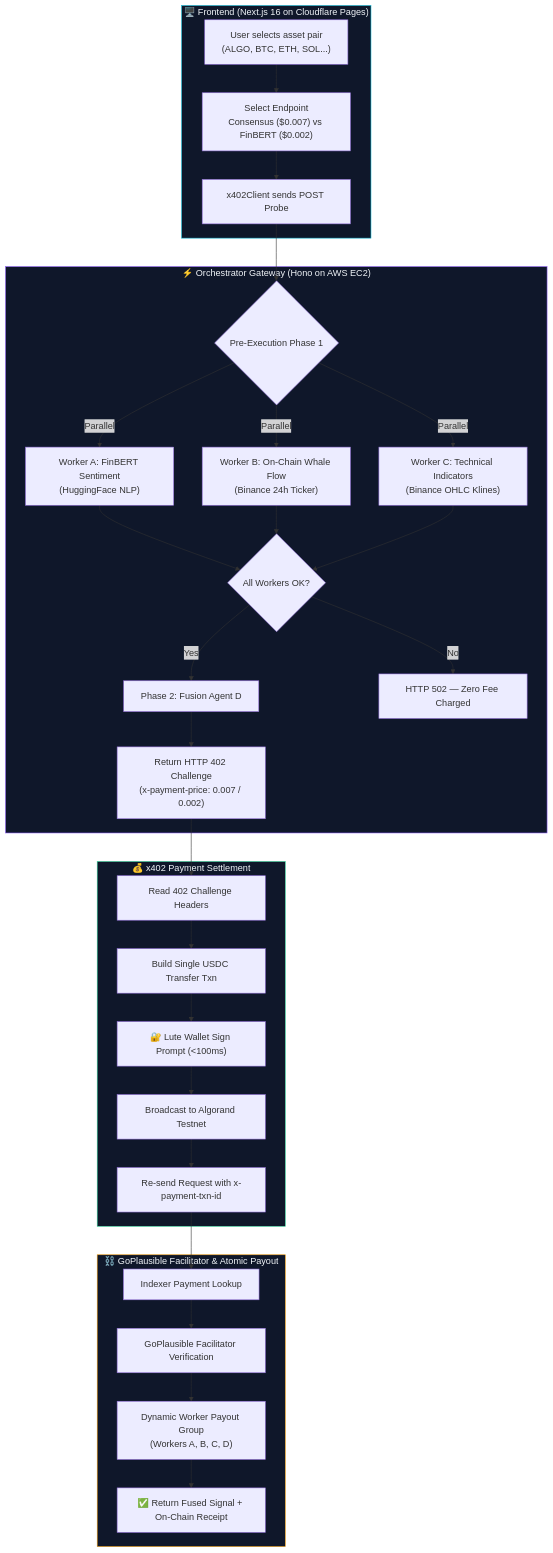
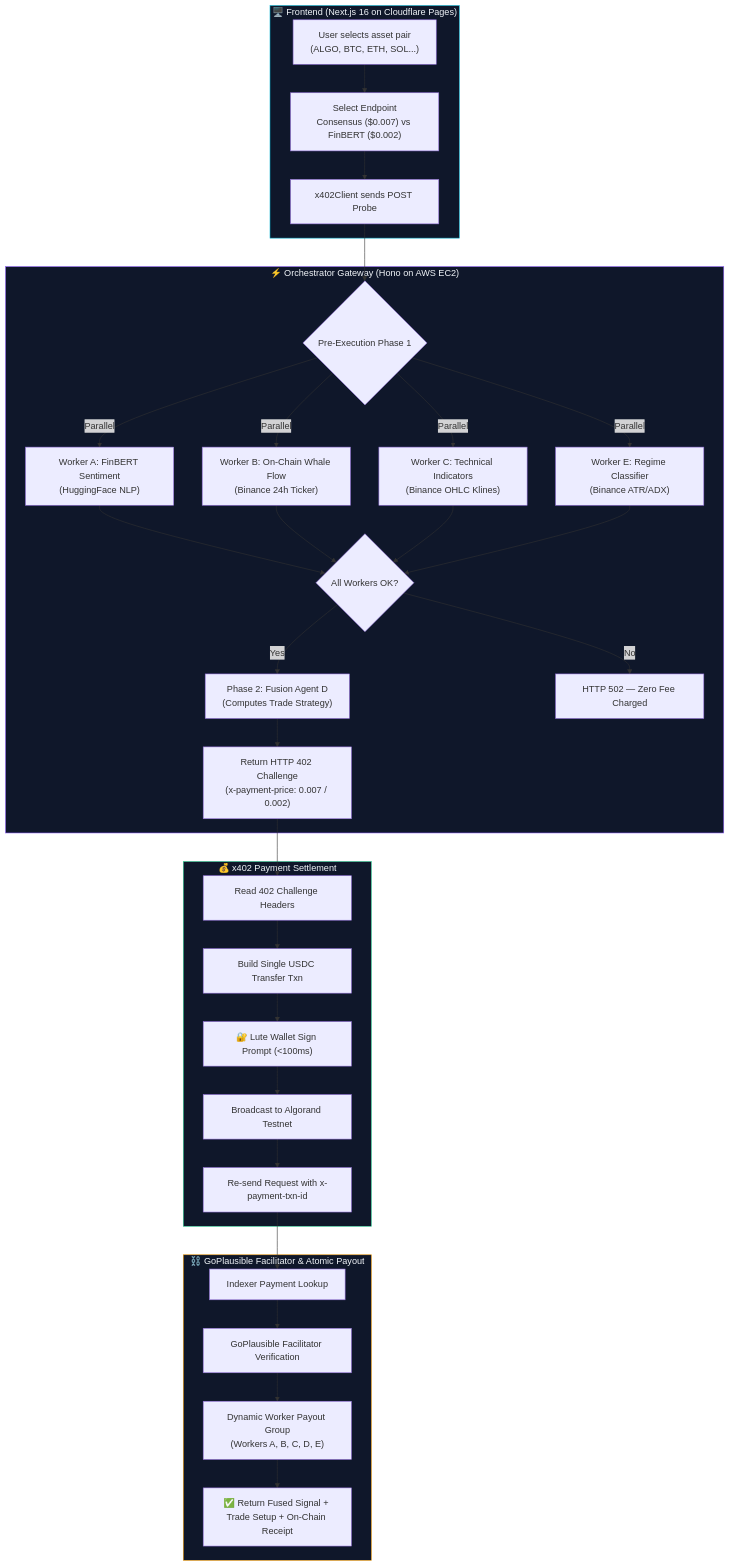
The diagram in README.md (dhanrajgupta2736/quantmesh-x402), drawn with Mermaid before and after one commit. The commit also changed other lines of this file and 1 other file, not shown here.

Commit message:
docs: Update README for 5-agent swarm and trade strategy

````diff
--- a/README.md
+++ b/README.md
@@ -87,40 +89,42 @@
 ```mermaid
 flowchart TD
     subgraph CLIENT["🖥️ Frontend (Next.js 16 on Cloudflare Pages)"]
         A["User selects asset pair<br/>(ALGO, BTC, ETH, SOL...)"] --> B["Select Endpoint<br/>Consensus ($0.007) vs FinBERT ($0.002)"]
         B --> C["x402Client sends POST Probe"]
     end
 
     subgraph ORCHESTRATOR["⚡ Orchestrator Gateway (Hono on AWS EC2)"]
         C --> D{"Pre-Execution Phase 1"}
         D -->|Parallel| E["Worker A: FinBERT Sentiment<br/>(HuggingFace NLP)"]
         D -->|Parallel| F["Worker B: On-Chain Whale Flow<br/>(Binance 24h Ticker)"]
         D -->|Parallel| G["Worker C: Technical Indicators<br/>(Binance OHLC Klines)"]
+        D -->|Parallel| E2["Worker E: Regime Classifier<br/>(Binance ATR/ADX)"]
         E --> H{"All Workers OK?"}
         F --> H
         G --> H
-        H -->|Yes| I["Phase 2: Fusion Agent D"]
+        E2 --> H
+        H -->|Yes| I["Phase 2: Fusion Agent D<br/>(Computes Trade Strategy)"]
         H -->|No| J["HTTP 502 — Zero Fee Charged"]
         I --> K["Return HTTP 402 Challenge<br/>(x-payment-price: 0.007 / 0.002)"]
     end
 
     subgraph PAYMENT["💰 x402 Payment Settlement"]
         K --> L["Read 402 Challenge Headers"]
         L --> M["Build Single USDC Transfer Txn"]
         M --> N["🔐 Lute Wallet Sign Prompt (<100ms)"]
         N --> O["Broadcast to Algorand Testnet"]
         O --> P["Re-send Request with x-payment-txn-id"]
     end
 
     subgraph SETTLEMENT["⛓️ GoPlausible Facilitator & Atomic Payout"]
         P --> Q["Indexer Payment Lookup"]
         Q --> R["GoPlausible Facilitator Verification"]
-        R --> S["Dynamic Worker Payout Group<br/>(Workers A, B, C, D)"]
-        S --> T["✅ Return Fused Signal + On-Chain Receipt"]
+        R --> S["Dynamic Worker Payout Group<br/>(Workers A, B, C, D, E)"]
+        S --> T["✅ Return Fused Signal + Trade Setup + On-Chain Receipt"]
     end
 
     style CLIENT fill:#0f172a,stroke:#06b6d4,color:#f1f5f9
     style ORCHESTRATOR fill:#0f172a,stroke:#8b5cf6,color:#f1f5f9
     style PAYMENT fill:#0f172a,stroke:#34d399,color:#f1f5f9
     style SETTLEMENT fill:#0f172a,stroke:#f59e0b,color:#f1f5f9
 ```
````
